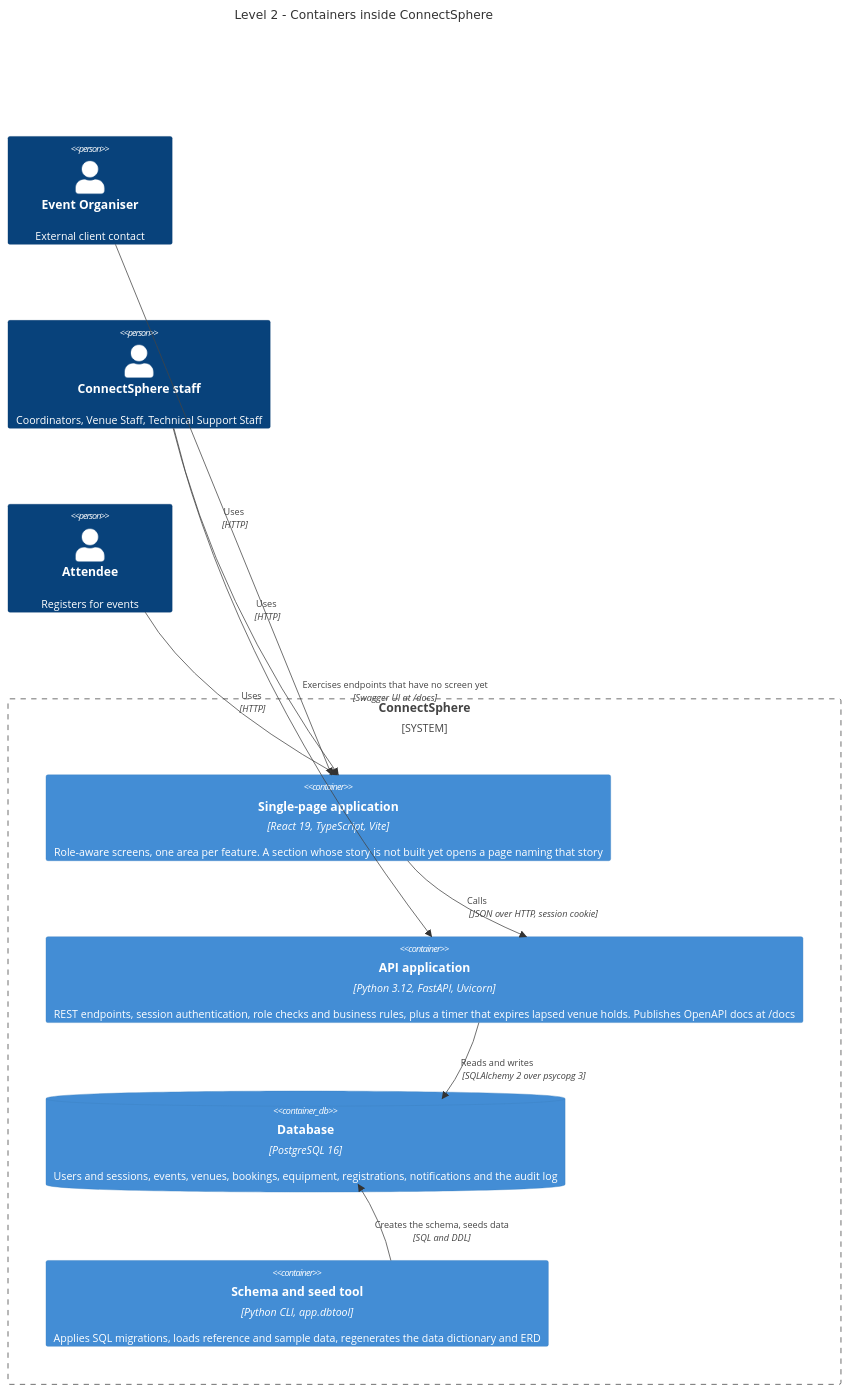
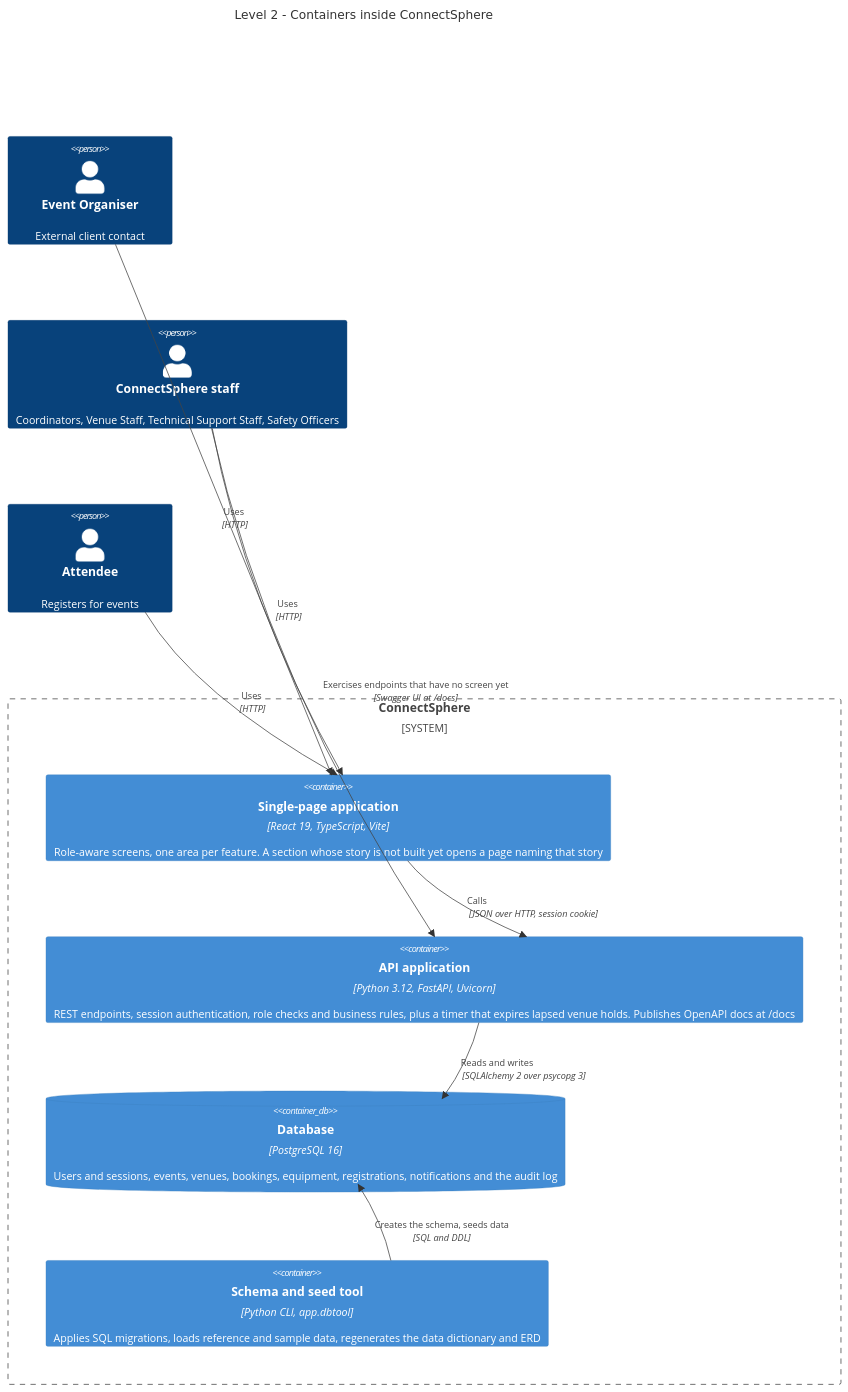
The second of 7 diagrams in docs/C4_MODEL.md (mecmk/SPM-G5), drawn with Mermaid before and after one commit. The commit also changed other lines of this file and 18 other files, not shown here.

````diff
--- a/docs/C4_MODEL.md
+++ b/docs/C4_MODEL.md
@@ -52,25 +54,25 @@
 ```mermaid
 C4Container
     title Level 2 - Containers inside ConnectSphere
 
     Person(organiser, "Event Organiser", "External client contact")
-    Person(staff, "ConnectSphere staff", "Coordinators, Venue Staff, Technical Support Staff")
+    Person(staff, "ConnectSphere staff", "Coordinators, Venue Staff, Technical Support Staff, Safety Officers")
     Person(attendee, "Attendee", "Registers for events")
 
     System_Boundary(connectsphere, "ConnectSphere") {
         Container(spa, "Single-page application", "React 19, TypeScript, Vite", "Role-aware screens, one area per feature. A section whose story is not built yet opens a page naming that story")
         Container(api, "API application", "Python 3.12, FastAPI, Uvicorn", "REST endpoints, session authentication, role checks and business rules, plus a timer that expires lapsed venue holds. Publishes OpenAPI docs at /docs")
         ContainerDb(db, "Database", "PostgreSQL 16", "Users and sessions, events, venues, bookings, equipment, registrations, notifications and the audit log")
         Container(dbtool, "Schema and seed tool", "Python CLI, app.dbtool", "Applies SQL migrations, loads reference and sample data, regenerates the data dictionary and ERD")
     }
 
     Rel(organiser, spa, "Uses", "HTTP")
     Rel(staff, spa, "Uses", "HTTP")
     Rel(attendee, spa, "Uses", "HTTP")
     Rel(staff, api, "Exercises endpoints that have no screen yet", "Swagger UI at /docs")
     Rel(spa, api, "Calls", "JSON over HTTP, session cookie")
     Rel(api, db, "Reads and writes", "SQLAlchemy 2 over psycopg 3")
     Rel(dbtool, db, "Creates the schema, seeds data", "SQL and DDL")
 
     UpdateLayoutConfig($c4ShapeInRow="2", $c4BoundaryInRow="1")
 ```
````
